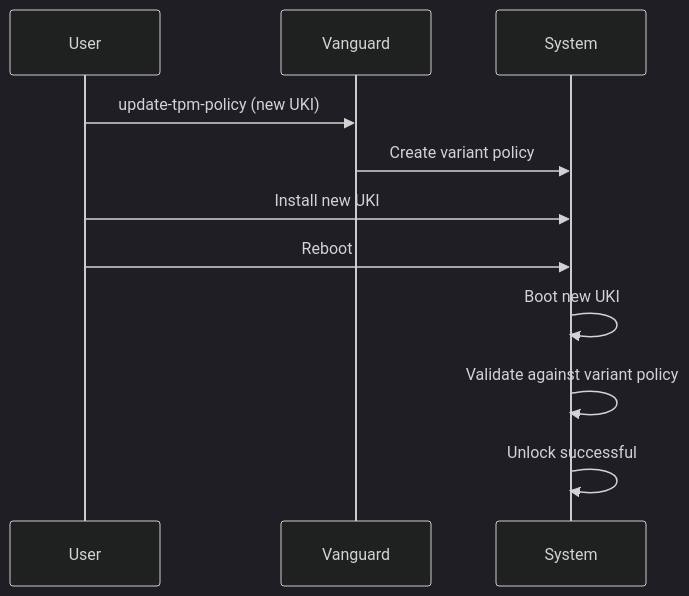
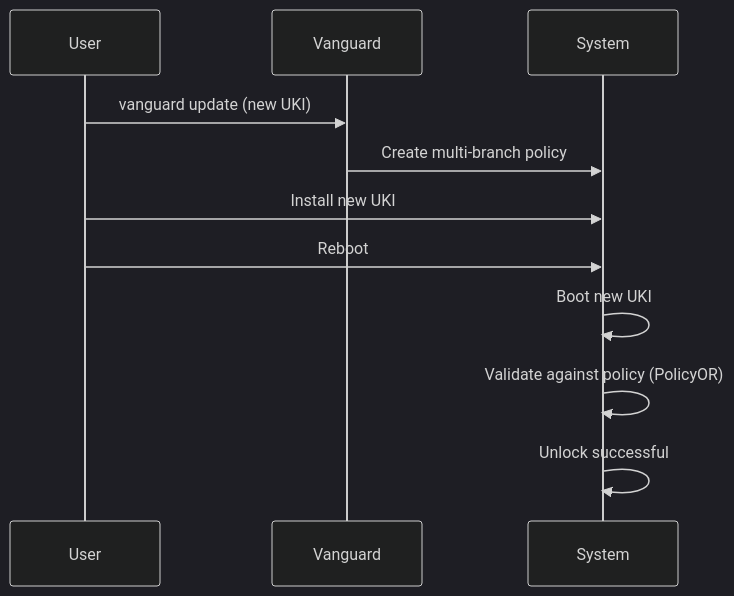
One commit to zaolin/vanguard changed the third of 3 diagrams in docs/tpm2-setup.md. Above: the diagram before and after it, drawn with Mermaid (dark theme). The commit also changed other lines of this file and 3 other files, not shown here.

````diff
--- a/docs/tpm2-setup.md
+++ b/docs/tpm2-setup.md
@@ -290,14 +199,14 @@
 ```mermaid
 sequenceDiagram
     participant User
     participant Vanguard
     participant System
     
-    User->>Vanguard: update-tpm-policy (new UKI)
-    Vanguard->>System: Create variant policy
+    User->>Vanguard: vanguard update (new UKI)
+    Vanguard->>System: Create multi-branch policy
     User->>System: Install new UKI
     User->>System: Reboot
     System->>System: Boot new UKI
-    System->>System: Validate against variant policy
+    System->>System: Validate against policy (PolicyOR)
     System->>System: Unlock successful
 ```
````
